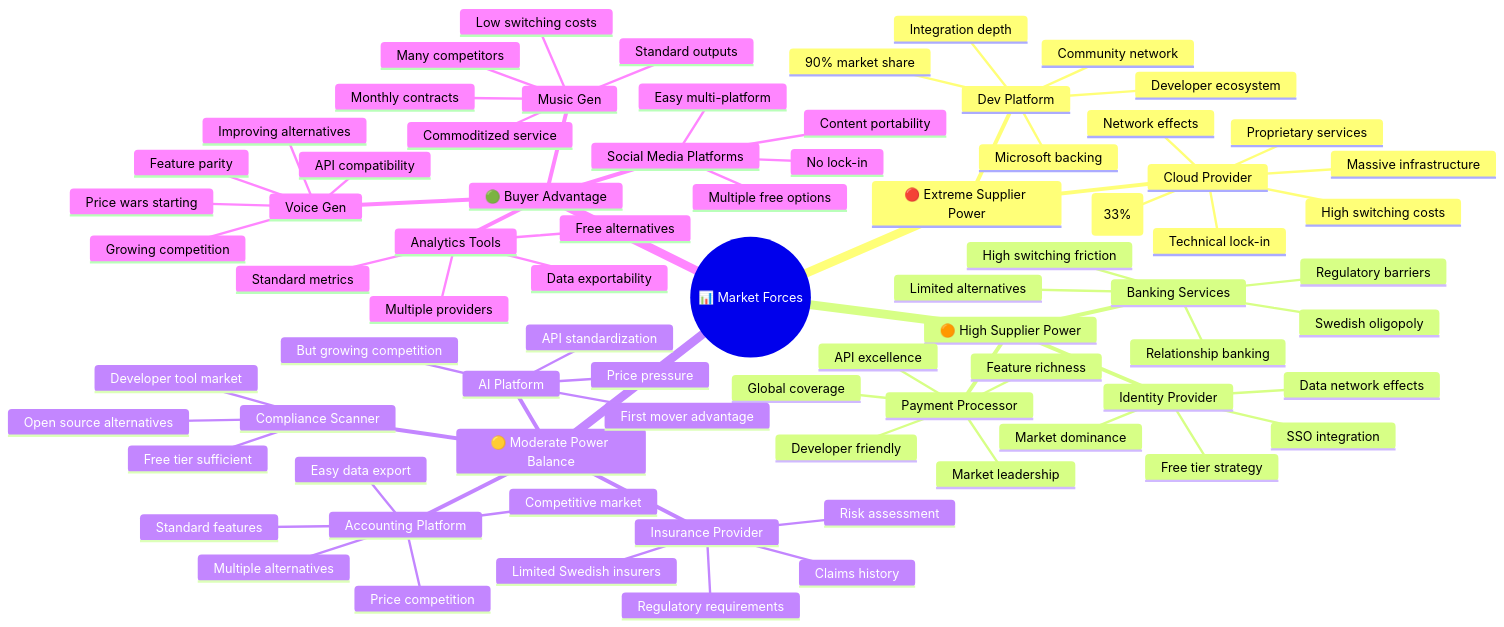
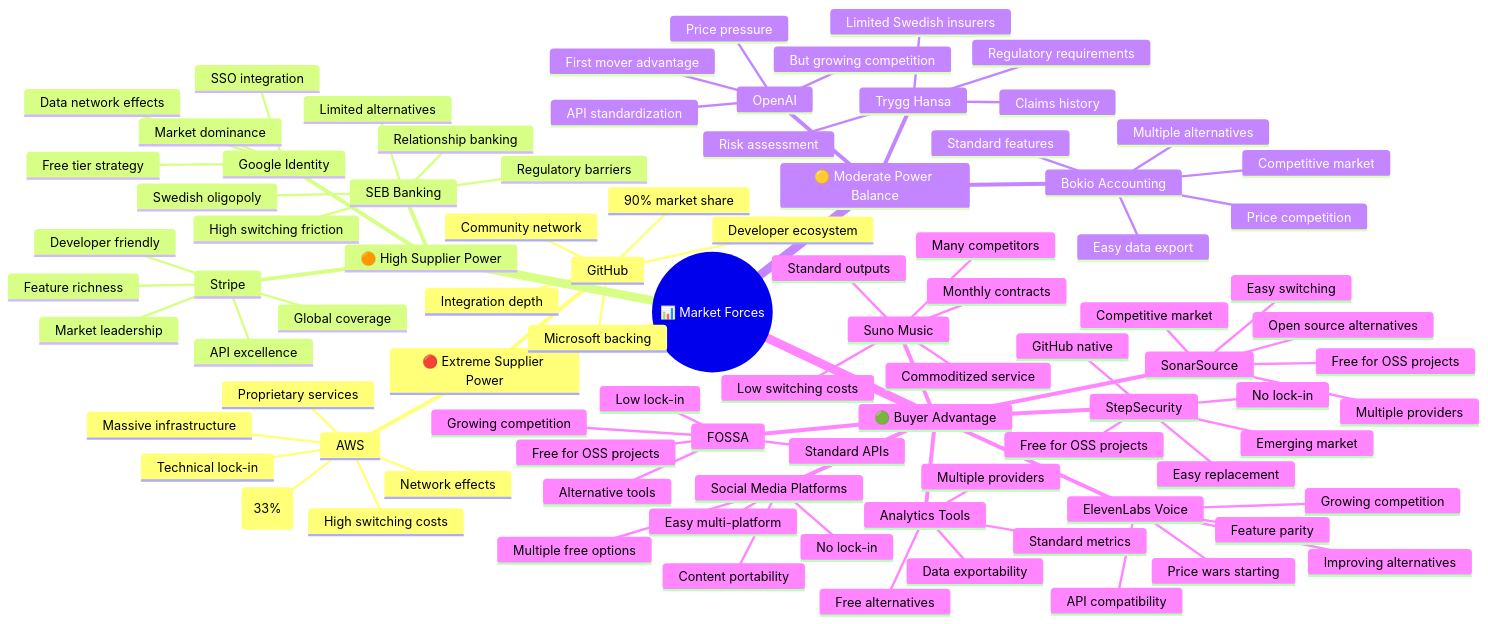
Before and after one commit to Hack23/ISMS-PUBLIC: the third of 5 diagrams in SUPPLIER.md, drawn with Mermaid. The commit also changed other lines of this file, not shown here.

```diff
--- a/SUPPLIER.md
+++ b/SUPPLIER.md
@@ -200,66 +248,80 @@
 mindmap
   root((📊 Market Forces))
     🔴 Extreme Supplier Power
-      Cloud Provider
+      AWS
         Market dominance (33%)
         Massive infrastructure
         High switching costs
         Technical lock-in
         Proprietary services
         Network effects
-      Dev Platform
+      GitHub
         90% market share
         Microsoft backing
         Developer ecosystem
         Integration depth
         Community network
     🟠 High Supplier Power
-      Banking Services
+      SEB Banking
         Swedish oligopoly
         Regulatory barriers
         Relationship banking
         Limited alternatives
         High switching friction
-      Payment Processor
+      Stripe
         Market leadership
         Developer friendly
         Global coverage
         Feature richness
         API excellence
-      Identity Provider
+      Google Identity
         Market dominance
         SSO integration
         Free tier strategy
         Data network effects
     🟡 Moderate Power Balance
-      Accounting Platform
+      Bokio Accounting
         Competitive market
         Multiple alternatives
         Standard features
         Price competition
         Easy data export
-      AI Platform
+      OpenAI
         First mover advantage
         But growing competition
         API standardization
         Price pressure
-      Insurance Provider
+      Trygg Hansa
         Limited Swedish insurers
         Regulatory requirements
         Risk assessment
         Claims history
-      Compliance Scanner
-        Developer tool market
+    🟢 Buyer Advantage
+      SonarSource
+        Free for OSS projects
+        Competitive market
         Open source alternatives
-        Free tier sufficient
-    🟢 Buyer Advantage
-      Music Gen
+        Multiple providers
+        Easy switching
+      FOSSA
+        Free for OSS projects
+        Growing competition
+        Standard APIs
+        Alternative tools
+        Low lock-in
+      StepSecurity
+        Free for OSS projects
+        Emerging market
+        GitHub native
+        Easy replacement
+        No lock-in
+      Suno Music
         Commoditized service
         Many competitors
         Low switching costs
         Standard outputs
         Monthly contracts
-      Voice Gen
+      ElevenLabs Voice
         Growing competition
         Improving alternatives
         API compatibility
```
